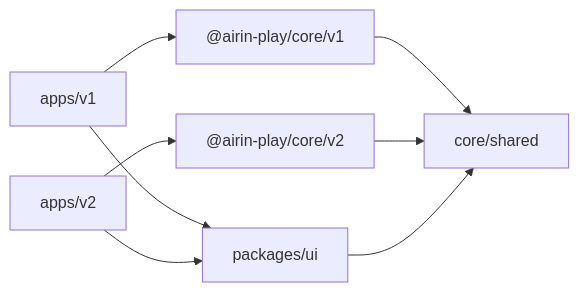
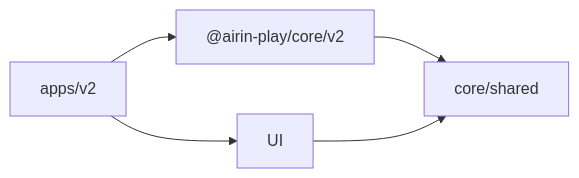
Before and after one commit to sbulatnikov/airin-theater-solver: the first of 2 diagrams in docs/architecture.md, drawn with Mermaid. The commit also changed other lines of this file and 29 other files, not shown here.

````diff
--- a/docs/architecture.md
+++ b/docs/architecture.md
@@ -14,10 +14,7 @@
 ```mermaid
 flowchart LR
-  APP1["apps/v1"] --> CORE1["@airin-play/core/v1"]
   APP2["apps/v2"] --> CORE2["@airin-play/core/v2"]
-  CORE1 --> SHARED["core/shared"]
-  CORE2 --> SHARED
-  APP1 --> UI["packages/ui"]
+  CORE2 --> SHARED["core/shared"]
   APP2 --> UI
   UI --> SHARED
 ```
````
